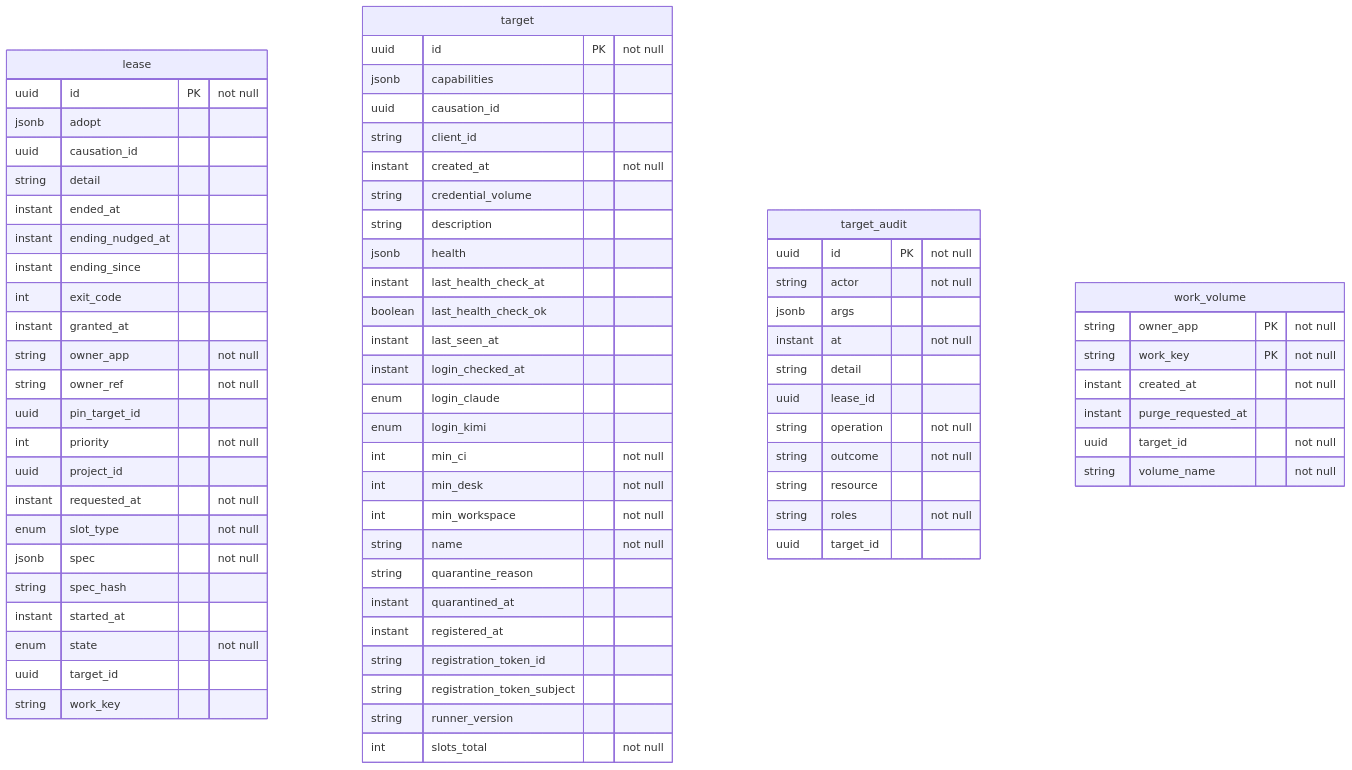
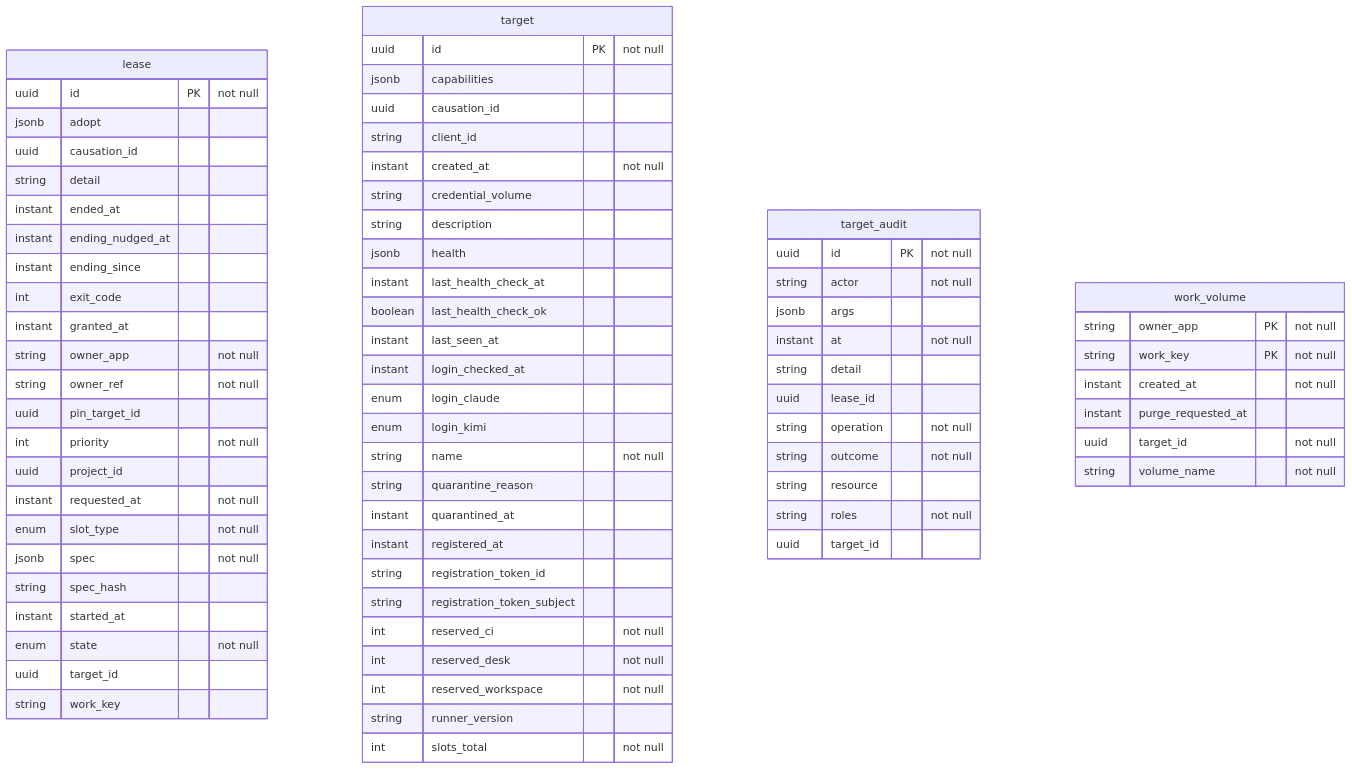
Before and after one commit to QuicklyIterateTheSoftware/qits-system-service: the diagram in docs/database/system.md, drawn with Mermaid. The commit also changed 26 other files, not shown here.

````diff
--- a/docs/database/system.md
+++ b/docs/database/system.md
@@ -6,79 +6,79 @@
 ```mermaid
 erDiagram
   %% lease: eu.wohlben.qits.system.targets.entity.Lease (targets)
   lease {
     uuid id PK "not null"
     jsonb adopt
     uuid causation_id
     string detail
     instant ended_at
     instant ending_nudged_at
     instant ending_since
     int exit_code
     instant granted_at
     string owner_app "not null"
     string owner_ref "not null"
     uuid pin_target_id
     int priority "not null"
     uuid project_id
     instant requested_at "not null"
     enum slot_type "not null"
     jsonb spec "not null"
     string spec_hash
     instant started_at
     enum state "not null"
     uuid target_id
     string work_key
   }
   %% target: eu.wohlben.qits.system.targets.entity.Target (targets)
   target {
     uuid id PK "not null"
     jsonb capabilities
     uuid causation_id
     string client_id
     instant created_at "not null"
     string credential_volume
     string description
     jsonb health
     instant last_health_check_at
     boolean last_health_check_ok
     instant last_seen_at
     instant login_checked_at
     enum login_claude
     enum login_kimi
-    int min_ci "not null"
-    int min_desk "not null"
-    int min_workspace "not null"
     string name "not null"
     string quarantine_reason
     instant quarantined_at
     instant registered_at
     string registration_token_id
     string registration_token_subject
+    int reserved_ci "not null"
+    int reserved_desk "not null"
+    int reserved_workspace "not null"
     string runner_version
     int slots_total "not null"
   }
   %% target_audit: eu.wohlben.qits.system.targets.entity.TargetAudit (targets)
   target_audit {
     uuid id PK "not null"
     string actor "not null"
     jsonb args
     instant at "not null"
     string detail
     uuid lease_id
     string operation "not null"
     string outcome "not null"
     string resource
     string roles "not null"
     uuid target_id
   }
   %% work_volume: eu.wohlben.qits.system.targets.entity.WorkVolume (targets)
   work_volume {
     string owner_app PK "not null"
     string work_key PK "not null"
     instant created_at "not null"
     instant purge_requested_at
     uuid target_id "not null"
     string volume_name "not null"
   }
 ```
````
